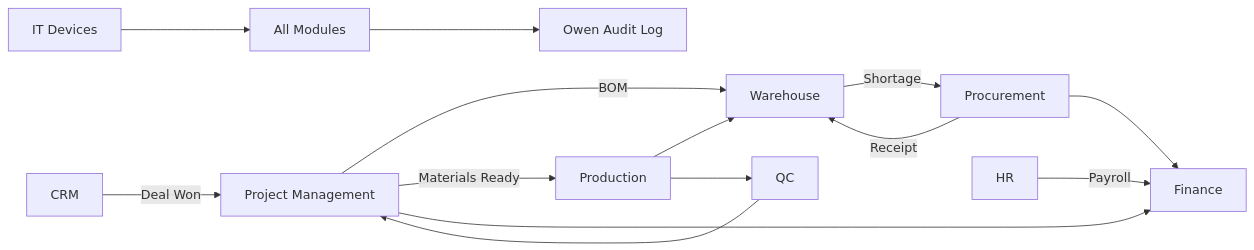
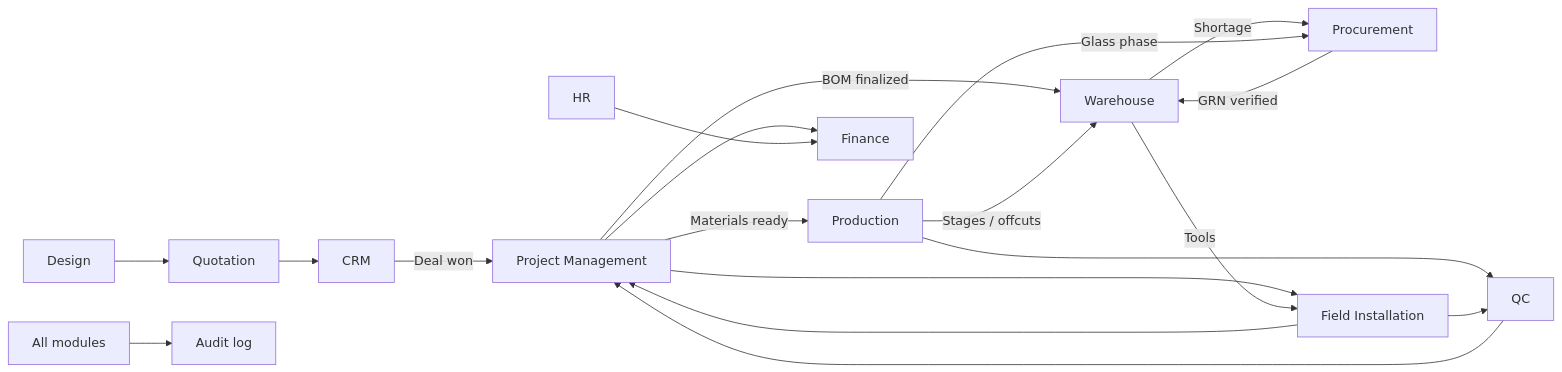
One commit to hassankirwa/BiboErm-Prod changed the third of 3 diagrams in README.md. Above: the diagram before and after it, drawn with Mermaid. The commit also changed other lines of this file and 151 other files, not shown here.

First line of the commit message:
feat(ops): harden warehouse reservations, glass orders, and production flow

````diff
--- a/README.md
+++ b/README.md
@@ -627,16 +356,21 @@
 ```mermaid
 flowchart LR
-    CRM -->|Deal Won| PM[Project Management]
-    PM -->|BOM| WH[Warehouse]
+    CRM -->|Deal won| PM[Project Management]
+    Design --> Quotation
+    Quotation --> CRM
+    PM -->|BOM finalized| WH[Warehouse]
     WH -->|Shortage| PROC[Procurement]
-    PROC -->|Receipt| WH
-    PM -->|Materials Ready| PROD[Production]
-    PROD --> WH
+    PROC -->|GRN verified| WH
+    PM -->|Materials ready| PROD[Production]
+    PROD -->|Stages / offcuts| WH
+    PROD -->|Glass phase| PROC
     PROD --> QC
     QC --> PM
+    PM --> FIELD[Field Installation]
+    FIELD --> QC
+    FIELD --> PM
+    WH -->|Tools| FIELD
     PM --> FIN[Finance]
-    HR -->|Payroll| FIN
-    PROC --> FIN
-    ALL[All Modules] --> LOG[Owen Audit Log]
-    IT[IT Devices] --> ALL
+    HR --> FIN
+    ALL[All modules] --> AUDIT[Audit log]
 ```
````
